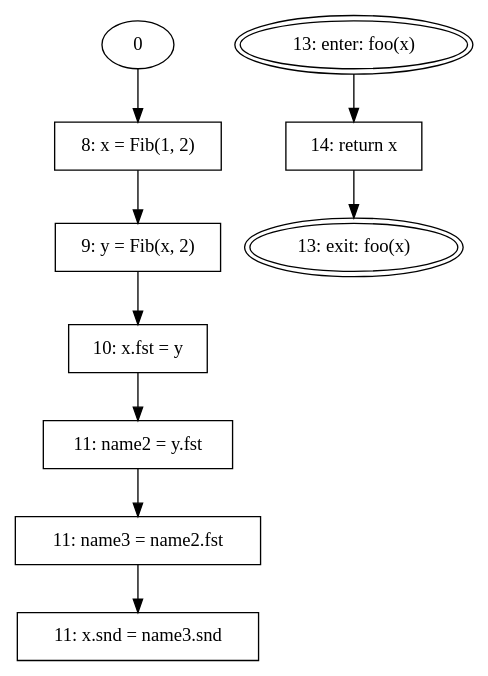
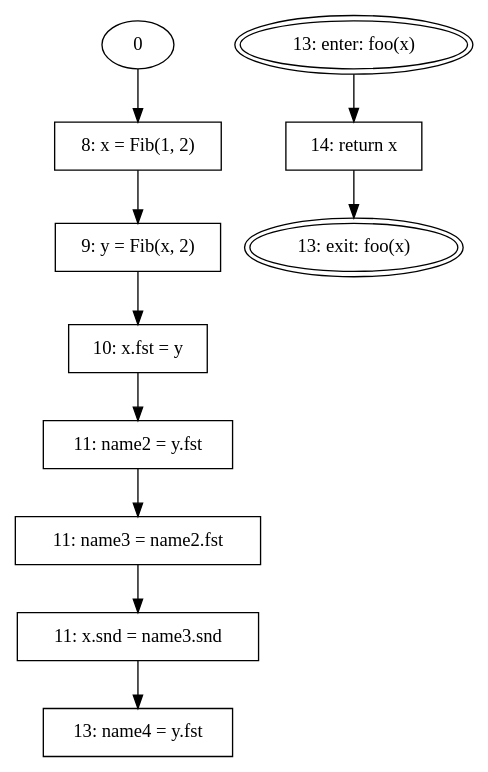
One commit to racerand/PyAnalysis changed the diagram in main/Source.gv. Above: the diagram before and after it, drawn with Graphviz. The commit also changed 2 other files, not shown here.

```diff
--- a/main/Source.gv
+++ b/main/Source.gv
@@ -1,20 +1,22 @@
 // Control Flow Graph
 digraph {
 	1 [label="8: x = Fib(1, 2)" peripheries=1 shape=rectangle]
 	0 -> 1
 	2 [label="9: y = Fib(x, 2)" peripheries=1 shape=rectangle]
 	1 -> 2
 	3 [label="10: x.fst = y" peripheries=1 shape=rectangle]
 	2 -> 3
 	4 [label="11: name2 = y.fst" peripheries=1 shape=rectangle]
 	3 -> 4
 	5 [label="11: name3 = name2.fst" peripheries=1 shape=rectangle]
 	4 -> 5
 	6 [label="11: x.snd = name3.snd" peripheries=1 shape=rectangle]
 	5 -> 6
-	7 [label="13: enter: foo(x)" peripheries=2 shape=oval]
-	8 [label="13: exit: foo(x)" peripheries=2 shape=oval]
-	9 -> 8
-	9 [label="14: return x" peripheries=1 shape=rectangle]
-	7 -> 9
+	7 [label="13: name4 = y.fst" peripheries=1 shape=rectangle]
+	6 -> 7
+	8 [label="13: enter: foo(x)" peripheries=2 shape=oval]
+	9 [label="13: exit: foo(x)" peripheries=2 shape=oval]
+	10 -> 9
+	10 [label="14: return x" peripheries=1 shape=rectangle]
+	8 -> 10
 }
```
